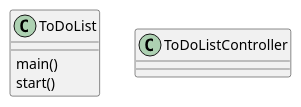
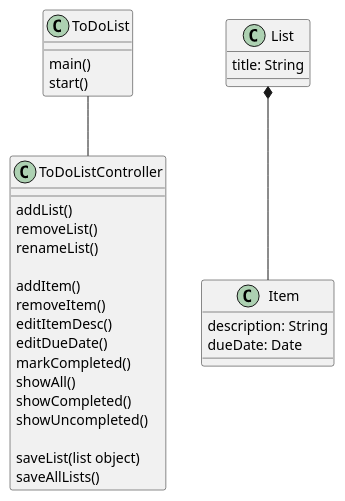
Before and after one commit to UrsulaShaw/shaw-cop3330-assignment4: the diagram in uml/ToDoList.puml, drawn with PlantUML. The commit also changed 5 other files, not shown here.

Commit message:
ToDoList class created copyright stuff git.ignore, fxml, plantUML update

```diff
--- a/uml/ToDoList.puml
+++ b/uml/ToDoList.puml
@@ -1,14 +1,47 @@
 @startuml
 'https://plantuml.com/sequence-diagram
 
 class ToDoList {
     main()
     start()
 }
 
 class ToDoListController {
+
+
+    addList()
+    removeList()
+    renameList()
+
+    addItem()
+    removeItem()
+    editItemDesc()
+    editDueDate()
+    markCompleted()
+    showAll()
+    showCompleted()
+    showUncompleted()
+
+    saveList(list object)
+    saveAllLists()
+
 }
+
+class List {
+    title: String
+
+}
+
+class Item {
+    description: String
+    dueDate: Date
+
+}
+
+ToDoList -- ToDoListController
+List *-- Item
+
 
 
 
 @enduml
```
